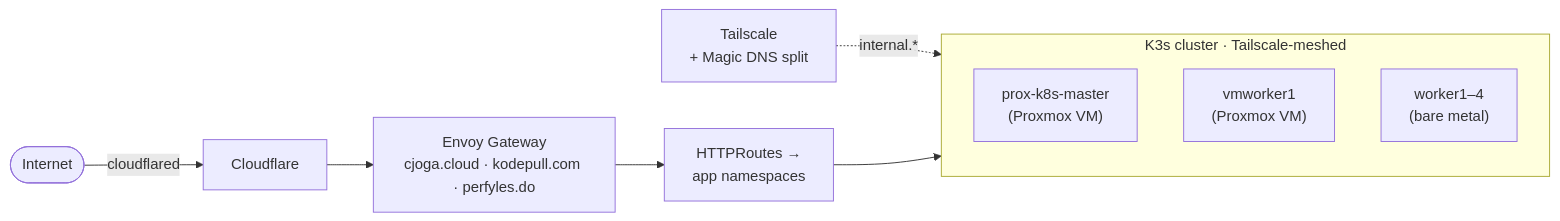
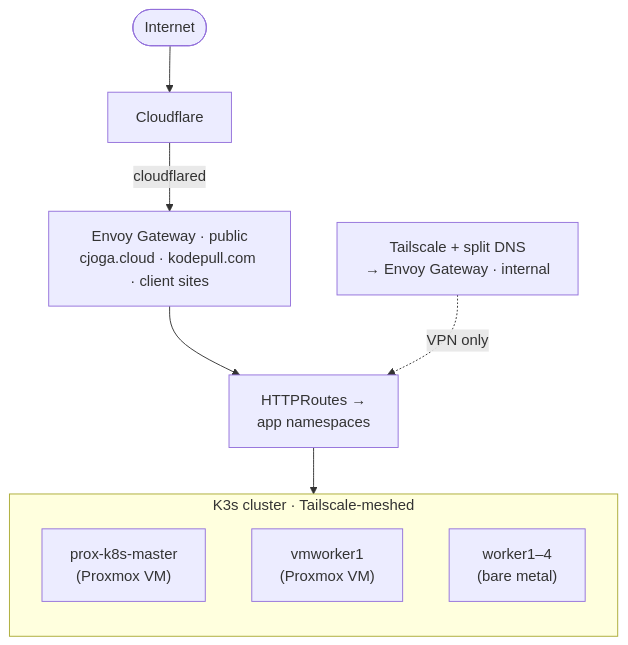
The diagram in blog-site/docs/engineering/lab/overview.mdx (Camilool8/cjoga-portfolio), drawn with Mermaid before and after one commit. The commit also changed other lines of this file and 117 other files, not shown here.

````diff
--- a/blog-site/docs/engineering/lab/overview.mdx
+++ b/blog-site/docs/engineering/lab/overview.mdx
@@ -20,17 +22,17 @@
 ```mermaid
-flowchart LR
-  accTitle: Homelab ingress flow — internet traffic passes through Cloudflare and cloudflared into Envoy Gateway, whose HTTPRoutes fan out to app namespaces on the Tailscale-meshed K3s cluster of Proxmox VMs and bare-metal workers
-  Internet([Internet]) -->|cloudflared| CF[Cloudflare]
-  CF --> Envoy["Envoy Gateway<br/>cjoga.cloud · kodepull.com · perfyles.do"]
+flowchart TB
+  accTitle: Homelab ingress flow — public traffic comes through Cloudflare and cloudflared into Envoy Gateway's public data plane, devices on the Tailscale VPN reach a separate internal data plane, and both fan out through HTTPRoutes to app namespaces on the K3s cluster of Proxmox VMs and bare-metal workers
+  Internet([Internet]) --> CF[Cloudflare]
+  CF -->|cloudflared| Envoy["Envoy Gateway · public<br/>cjoga.cloud · kodepull.com · client sites"]
   Envoy --> Routes["HTTPRoutes →<br/>app namespaces"]
 
   subgraph Cluster["K3s cluster · Tailscale-meshed"]
     direction TB
     Master["prox-k8s-master<br/>(Proxmox VM)"]
     VMWorker["vmworker1<br/>(Proxmox VM)"]
     BM["worker1–4<br/>(bare metal)"]
   end
 
-  TS["Tailscale<br/>+ Magic DNS split"] -.->|internal.*| Cluster
+  TS["Tailscale + split DNS<br/>→ Envoy Gateway · internal"] -.->|VPN only| Routes
   Routes --> Cluster
 ```
````
